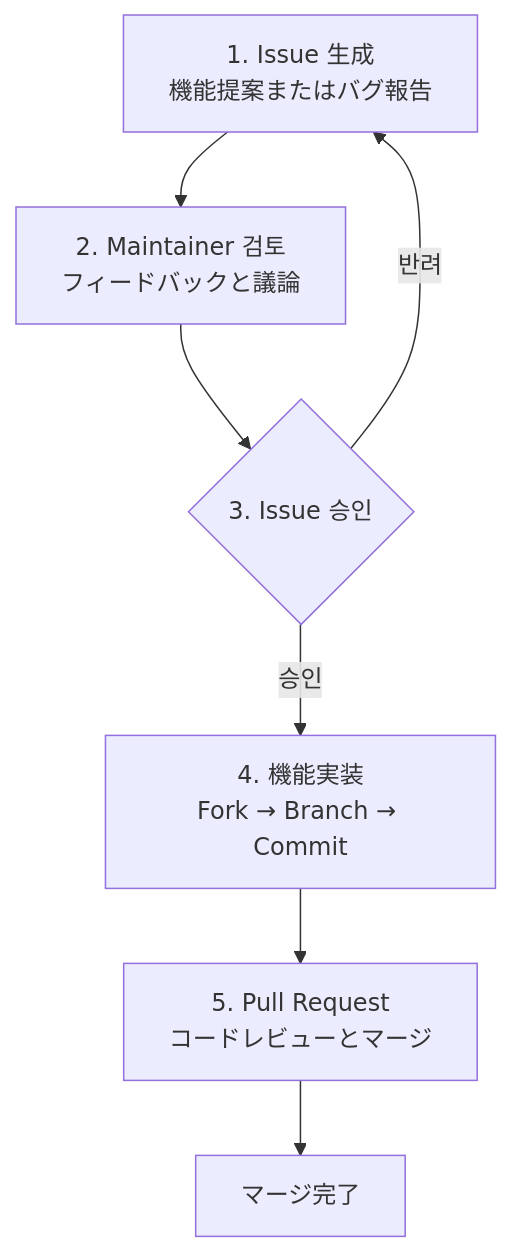
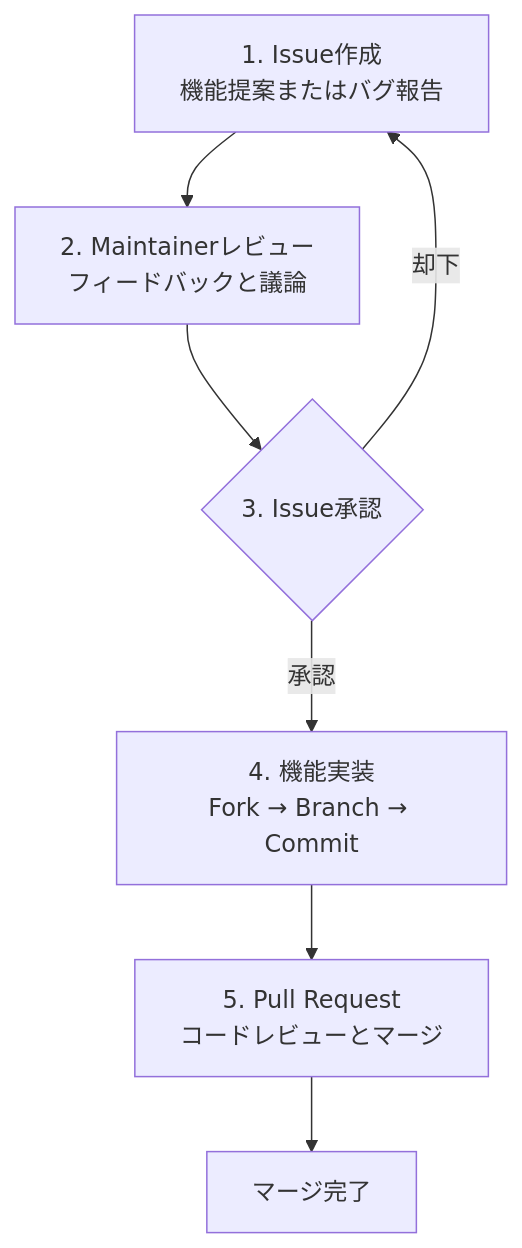
Before and after one commit to NARUBROWN/spine-site: the diagram in docs/ja/community/contributing.md, drawn with Mermaid. The commit also changed 16 other files, not shown here.

````diff
--- a/docs/ja/community/contributing.md
+++ b/docs/ja/community/contributing.md
@@ -10,9 +10,9 @@
 ```mermaid
 flowchart TD
-    A[1. Issue 生成<br/>機能提案またはバグ報告] --> B[2. Maintainer 검토<br/>フィードバックと議論]
-    B --> C{3. Issue 승인}
-    C -->|승인| D[4. 機能実装<br/>Fork → Branch → Commit]
-    C -->|반려| A
+    A[1. Issue作成<br/>機能提案またはバグ報告] --> B[2. Maintainerレビュー<br/>フィードバックと議論]
+    B --> C{3. Issue承認}
+    C -->|承認| D[4. 機能実装<br/>Fork → Branch → Commit]
+    C -->|却下| A
     D --> E[5. Pull Request<br/>コードレビューとマージ]
     E --> F[マージ完了]
 ```
````
